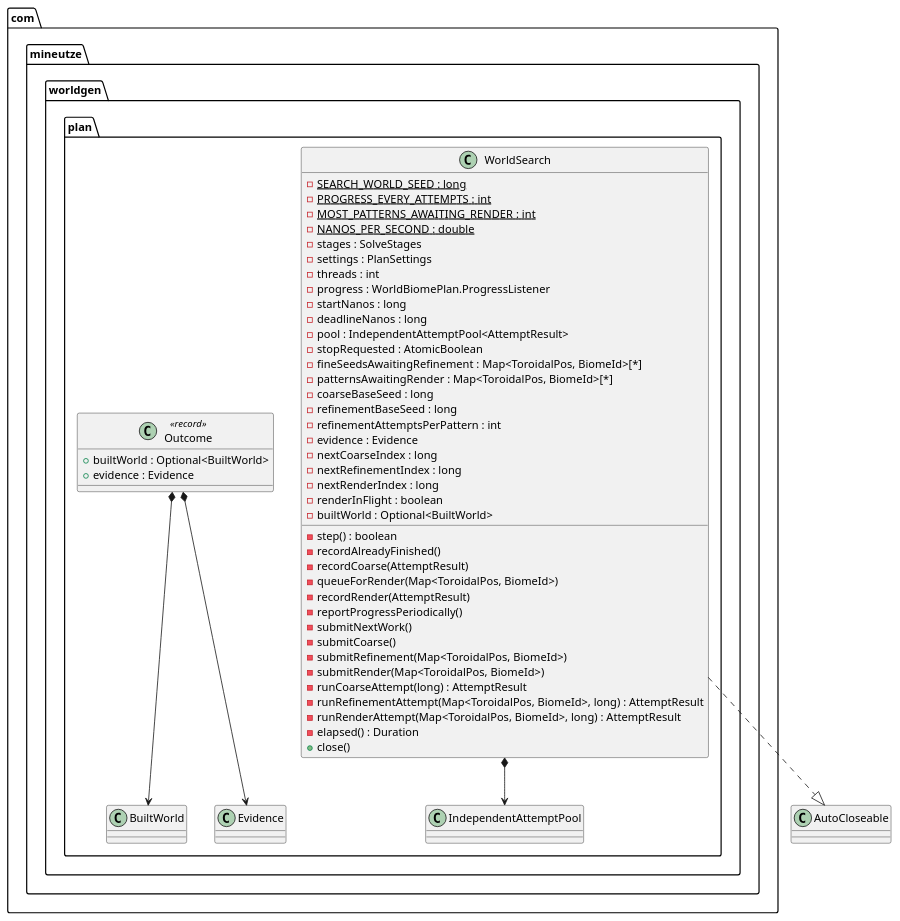
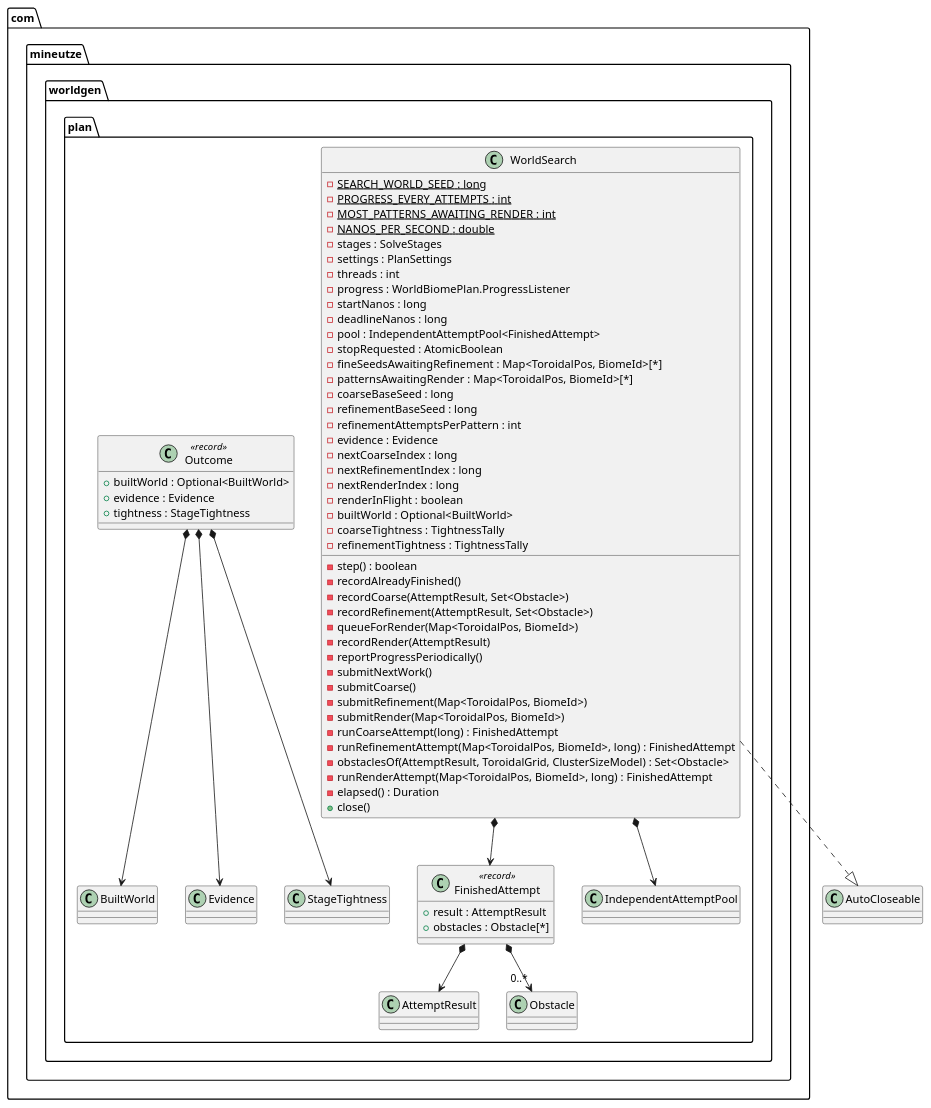
One commit to Boulede987/Mine-Utz changed the diagram in companion-mods/mineutze-worldgen/doc/Modelisation/Fragments/com/mineutze/worldgen/plan/WorldSearch.puml. Above: the diagram before and after it, drawn with PlantUML. The commit also changed 51 other files, not shown here.

First line of the commit message:
docs(worldgen): regenerate class diagrams for the tightness ranking

```diff
--- a/companion-mods/mineutze-worldgen/doc/Modelisation/Fragments/com/mineutze/worldgen/plan/WorldSearch.puml
+++ b/companion-mods/mineutze-worldgen/doc/Modelisation/Fragments/com/mineutze/worldgen/plan/WorldSearch.puml
@@ -1,51 +1,64 @@
 namespace com.mineutze.worldgen.plan {
 class WorldSearch {
   - {static} SEARCH_WORLD_SEED : long
   - {static} PROGRESS_EVERY_ATTEMPTS : int
   - {static} MOST_PATTERNS_AWAITING_RENDER : int
   - {static} NANOS_PER_SECOND : double
   - stages : SolveStages
   - settings : PlanSettings
   - threads : int
   - progress : WorldBiomePlan.ProgressListener
   - startNanos : long
   - deadlineNanos : long
-  - pool : IndependentAttemptPool<AttemptResult>
+  - pool : IndependentAttemptPool<FinishedAttempt>
   - stopRequested : AtomicBoolean
   - fineSeedsAwaitingRefinement : Map<ToroidalPos, BiomeId>[*]
   - patternsAwaitingRender : Map<ToroidalPos, BiomeId>[*]
   - coarseBaseSeed : long
   - refinementBaseSeed : long
   - refinementAttemptsPerPattern : int
   - evidence : Evidence
   - nextCoarseIndex : long
   - nextRefinementIndex : long
   - nextRenderIndex : long
   - renderInFlight : boolean
   - builtWorld : Optional<BuiltWorld>
+  - coarseTightness : TightnessTally
+  - refinementTightness : TightnessTally
   - step() : boolean
   - recordAlreadyFinished()
-  - recordCoarse(AttemptResult)
+  - recordCoarse(AttemptResult, Set<Obstacle>)
+  - recordRefinement(AttemptResult, Set<Obstacle>)
   - queueForRender(Map<ToroidalPos, BiomeId>)
   - recordRender(AttemptResult)
   - reportProgressPeriodically()
   - submitNextWork()
   - submitCoarse()
   - submitRefinement(Map<ToroidalPos, BiomeId>)
   - submitRender(Map<ToroidalPos, BiomeId>)
-  - runCoarseAttempt(long) : AttemptResult
-  - runRefinementAttempt(Map<ToroidalPos, BiomeId>, long) : AttemptResult
-  - runRenderAttempt(Map<ToroidalPos, BiomeId>, long) : AttemptResult
+  - runCoarseAttempt(long) : FinishedAttempt
+  - runRefinementAttempt(Map<ToroidalPos, BiomeId>, long) : FinishedAttempt
+  - obstaclesOf(AttemptResult, ToroidalGrid, ClusterSizeModel) : Set<Obstacle>
+  - runRenderAttempt(Map<ToroidalPos, BiomeId>, long) : FinishedAttempt
   - elapsed() : Duration
   + close()
 }
 class Outcome <<record>> {
   + builtWorld : Optional<BuiltWorld>
   + evidence : Evidence
+  + tightness : StageTightness
+}
+class FinishedAttempt <<record>> {
+  + result : AttemptResult
+  + obstacles : Obstacle[*]
 }
 }
 
 com.mineutze.worldgen.plan.WorldSearch ..|> AutoCloseable
+com.mineutze.worldgen.plan.WorldSearch *--> com.mineutze.worldgen.plan.FinishedAttempt
 com.mineutze.worldgen.plan.WorldSearch *--> com.mineutze.worldgen.plan.IndependentAttemptPool
 com.mineutze.worldgen.plan.Outcome *--> com.mineutze.worldgen.plan.BuiltWorld
 com.mineutze.worldgen.plan.Outcome *--> com.mineutze.worldgen.plan.Evidence
+com.mineutze.worldgen.plan.Outcome *--> com.mineutze.worldgen.plan.StageTightness
+com.mineutze.worldgen.plan.FinishedAttempt *--> com.mineutze.worldgen.plan.AttemptResult
+com.mineutze.worldgen.plan.FinishedAttempt *--> "0..*" com.mineutze.worldgen.plan.Obstacle
```
